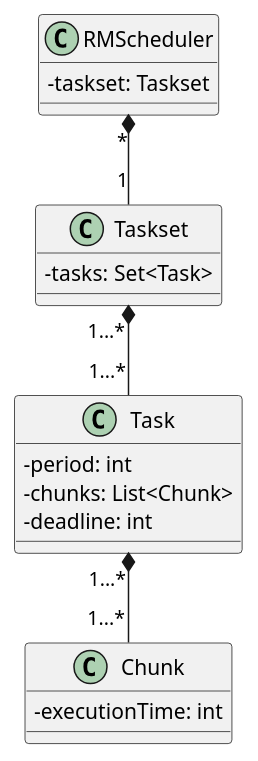
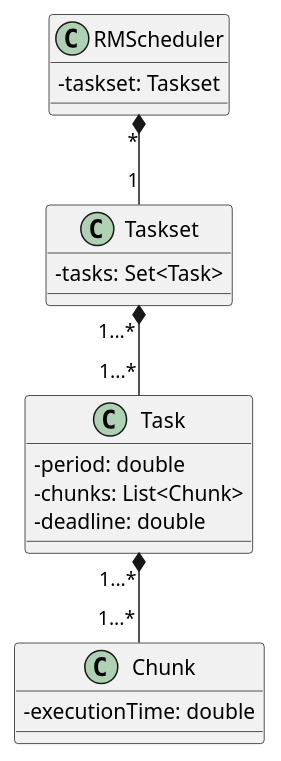
The diagram in uml temp.puml (edoardosarri24/embedded), drawn with PlantUML before and after one commit. The commit also changed 7 other files, not shown here.

```diff
--- a/uml temp.puml
+++ b/uml temp.puml
@@ -1,28 +1,28 @@
 @startuml Analisi
 skinparam classAttributeIconSize 0
 
 ' classi
 class Chunk {
-    - executionTime: int
+    - executionTime: double
 }
 
 class Task {
-    - period: int
+    - period: double
     - chunks: List<Chunk>
-    - deadline: int
+    - deadline: double
 }
 
 class Taskset {
     - tasks: Set<Task>
 }
 
 class RMScheduler {
     - taskset: Taskset
 }
 
 ' relazioni
 Task "1...*" *-- "1...*" Chunk
 Taskset "1...*" *-- "1...*" Task
 RMScheduler "*" *-- "1" Taskset
 
 @enduml
```
